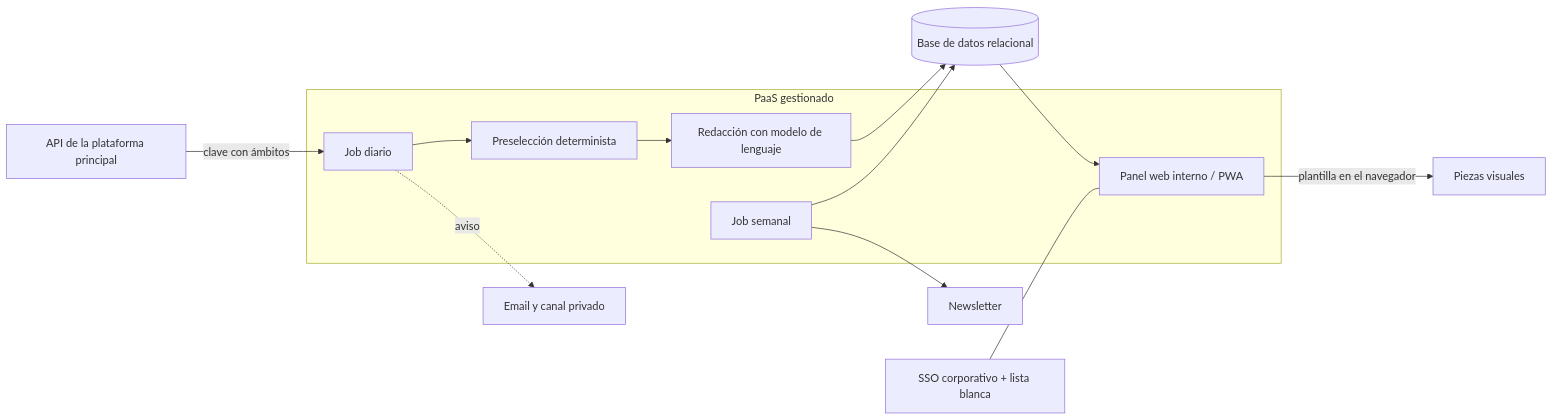
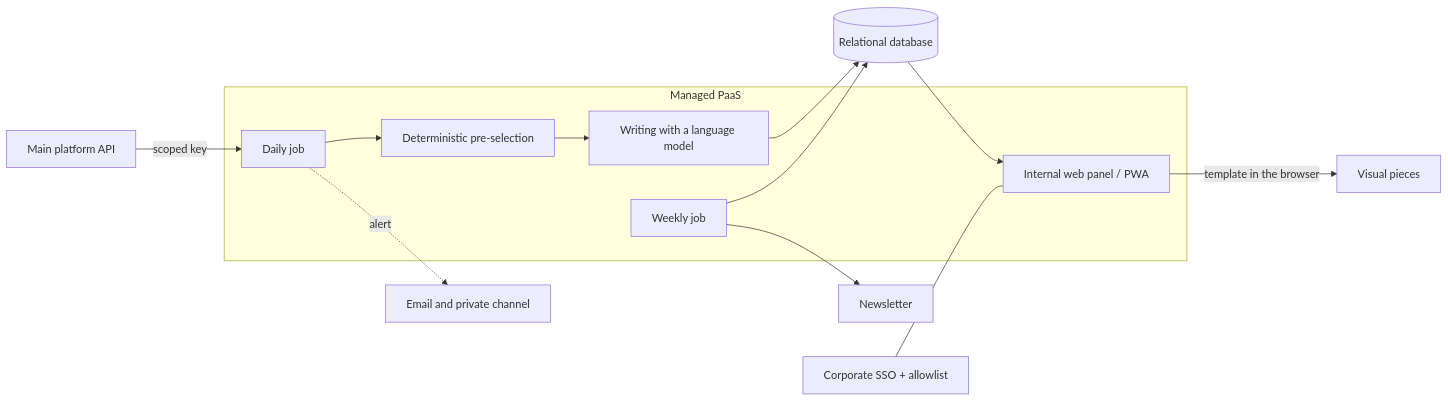
One commit to reMantiX2/engineering-portfolio changed the diagram in editorial-automation-engine/README.md. Above: the diagram before and after it, drawn with Mermaid. The commit also changed other lines of this file and 19 other files, not shown here.

````diff
--- a/editorial-automation-engine/README.md
+++ b/editorial-automation-engine/README.md
@@ -23,19 +25,19 @@
 ```mermaid
 graph LR
-    SRC[API de la plataforma principal] -->|clave con ámbitos| DAILY
+    SRC[Main platform API] -->|scoped key| DAILY
 
-    subgraph PAAS["PaaS gestionado"]
-        DAILY[Job diario] --> SEL[Preselección determinista]
-        SEL --> LLM[Redacción con modelo de lenguaje]
-        WEEKLY[Job semanal]
-        PANEL[Panel web interno / PWA]
+    subgraph PAAS["Managed PaaS"]
+        DAILY[Daily job] --> SEL[Deterministic pre-selection]
+        SEL --> LLM[Writing with a language model]
+        WEEKLY[Weekly job]
+        PANEL[Internal web panel / PWA]
     end
 
-    LLM --> DB[(Base de datos relacional)]
+    LLM --> DB[(Relational database)]
     WEEKLY --> DB
     DB --> PANEL
-    DAILY -.->|aviso| CH[Email y canal privado]
+    DAILY -.->|alert| CH[Email and private channel]
     WEEKLY --> NL[Newsletter]
-    PANEL -->|plantilla en el navegador| IMG[Piezas visuales]
-    SSO[SSO corporativo + lista blanca] --- PANEL
+    PANEL -->|template in the browser| IMG[Visual pieces]
+    SSO[Corporate SSO + allowlist] --- PANEL
 ```
````
